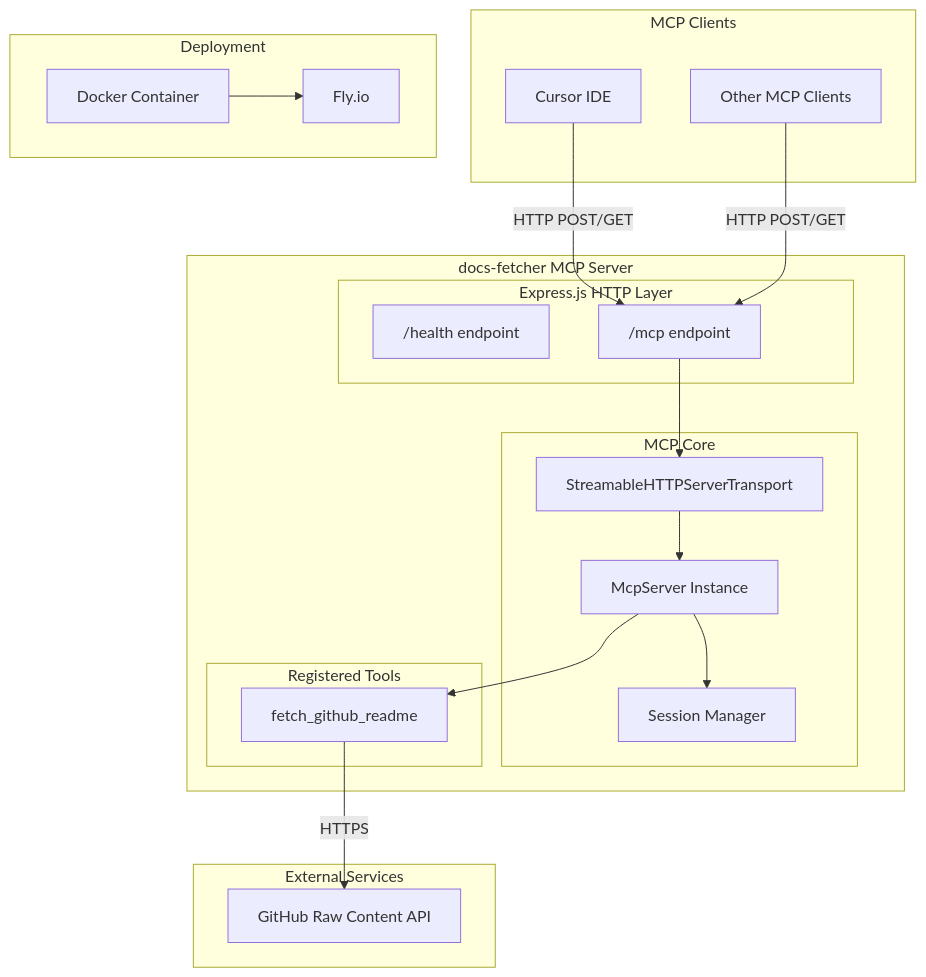
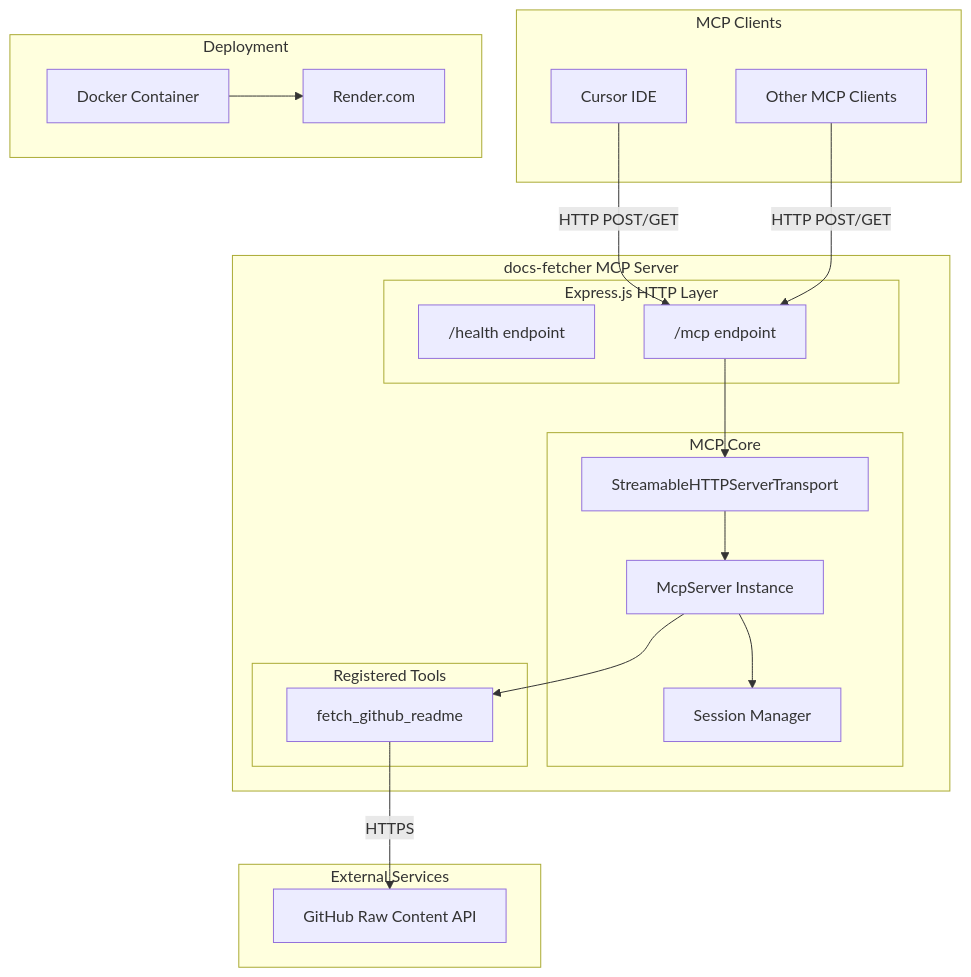
The first of 4 diagrams in ARCHITECTURE.md (ATakaSKY/learn-mcp), drawn with Mermaid before and after one commit. The commit also changed other lines of this file, not shown here.

````diff
--- a/ARCHITECTURE.md
+++ b/ARCHITECTURE.md
@@ -11,42 +11,42 @@
 ```mermaid
 flowchart TB
     subgraph Clients["MCP Clients"]
         Cursor["Cursor IDE"]
         Other["Other MCP Clients"]
     end
 
     subgraph Server["docs-fetcher MCP Server"]
         subgraph Express["Express.js HTTP Layer"]
             Health["/health endpoint"]
             MCP["/mcp endpoint"]
         end
         
         subgraph Core["MCP Core"]
             Transport["StreamableHTTPServerTransport"]
             McpServer["McpServer Instance"]
             Sessions["Session Manager"]
         end
         
         subgraph Tools["Registered Tools"]
             FetchReadme["fetch_github_readme"]
         end
     end
 
     subgraph External["External Services"]
         GitHub["GitHub Raw Content API"]
     end
 
     subgraph Deployment["Deployment"]
         Docker["Docker Container"]
-        Fly["Fly.io"]
+        Render["Render.com"]
     end
 
     Cursor -->|"HTTP POST/GET"| MCP
     Other -->|"HTTP POST/GET"| MCP
     MCP --> Transport
     Transport --> McpServer
     McpServer --> Sessions
     McpServer --> FetchReadme
     FetchReadme -->|"HTTPS"| GitHub
-    Docker --> Fly
+    Docker --> Render
 ```
````
